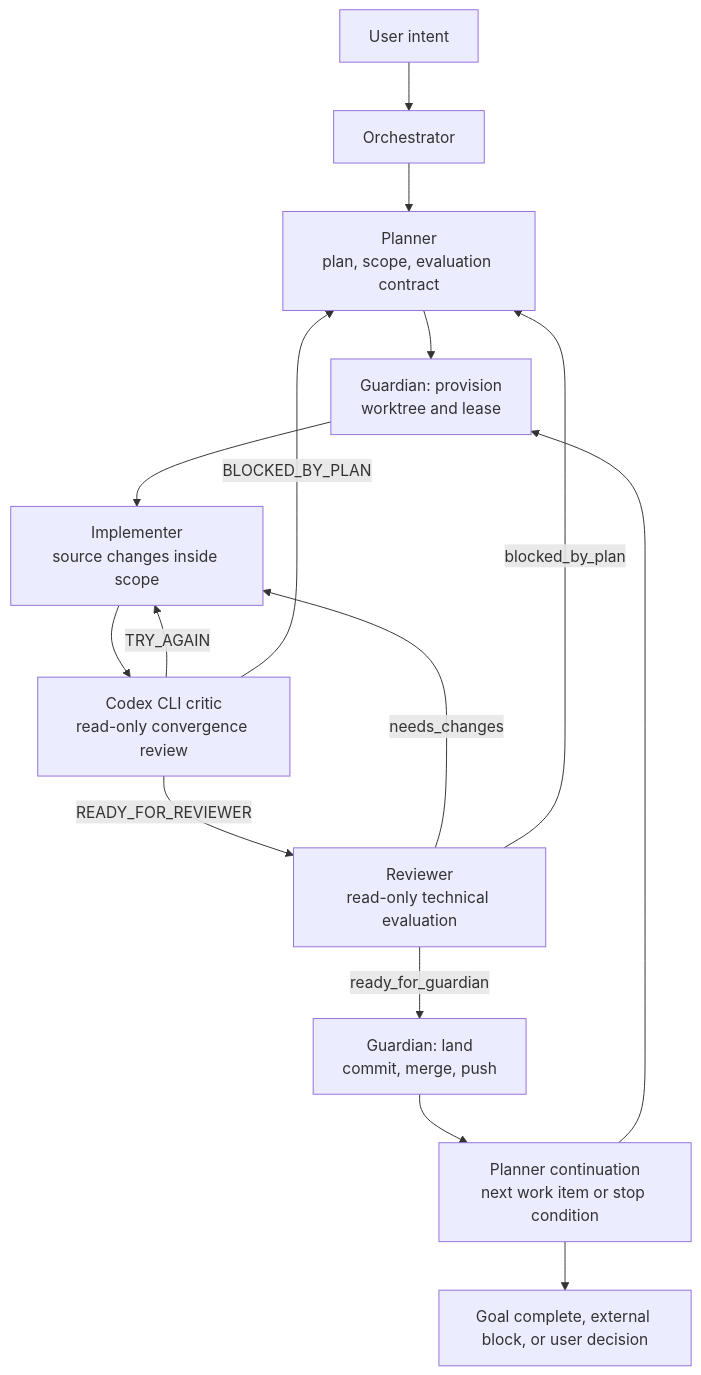
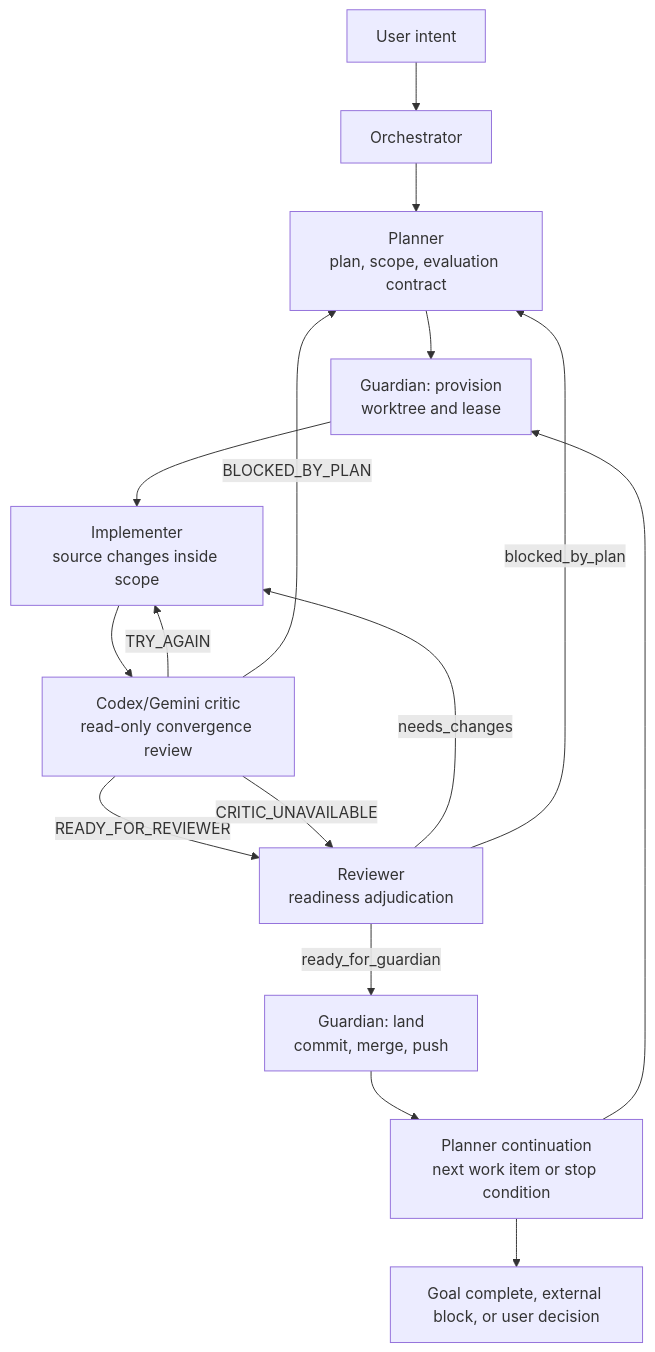
One commit to juanandresgs/claude-ctrl changed the first of 2 diagrams in README.md. Above: the diagram before and after it, drawn with Mermaid. The commit also changed other lines of this file and 8 other files, not shown here.

Commit message:
align reviewer critic adjudication flow

````diff
--- a/README.md
+++ b/README.md
@@ -135,17 +139,18 @@
 ```mermaid
 flowchart TD
     U["User intent"] --> O["Orchestrator"]
     O --> P["Planner<br/>plan, scope, evaluation contract"]
     P --> GP["Guardian: provision<br/>worktree and lease"]
     GP --> I["Implementer<br/>source changes inside scope"]
-    I --> C["Codex CLI critic<br/>read-only convergence review"]
+    I --> C["Codex/Gemini critic<br/>read-only convergence review"]
     C -->|"TRY_AGAIN"| I
     C -->|"BLOCKED_BY_PLAN"| P
-    C -->|"READY_FOR_REVIEWER"| R["Reviewer<br/>read-only technical evaluation"]
+    C -->|"READY_FOR_REVIEWER"| R["Reviewer<br/>readiness adjudication"]
+    C -->|"CRITIC_UNAVAILABLE"| R
     R -->|"needs_changes"| I
     R -->|"blocked_by_plan"| P
     R -->|"ready_for_guardian"| GL["Guardian: land<br/>commit, merge, push"]
     GL --> PC["Planner continuation<br/>next work item or stop condition"]
     PC --> GP
     PC --> T["Goal complete, external block, or user decision"]
 ```
````
